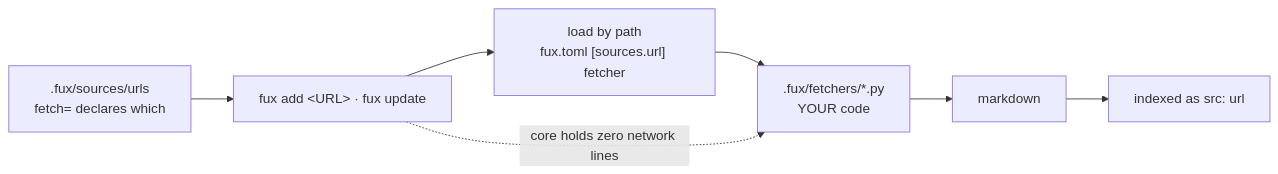
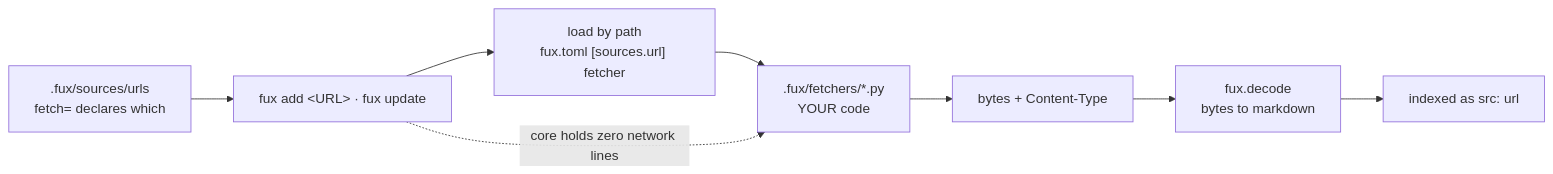
The diagram in docs/adr/0019_fetcher.md (arpitarya/fux), drawn with Mermaid before and after one commit. The commit also changed other lines of this file and 442 other files, not shown here.

````diff
--- a/docs/adr/0019_fetcher.md
+++ b/docs/adr/0019_fetcher.md
@@ -54,9 +39,10 @@
 ```mermaid
 flowchart LR
     L[".fux/sources/urls<br/>fetch= declares which"] --> R["fux add &lt;URL&gt; · fux update"]
     R --> P["load by path<br/>fux.toml [sources.url] fetcher"]
     P --> F[".fux/fetchers/*.py<br/>YOUR code"]
-    F --> M["markdown"]
-    M --> I["indexed as src: url"]
+    F --> B["bytes + Content-Type"]
+    B --> DC["fux.decode<br/>bytes to markdown"]
+    DC --> I["indexed as src: url"]
     R -.->|core holds zero network lines| F
 ```
````
